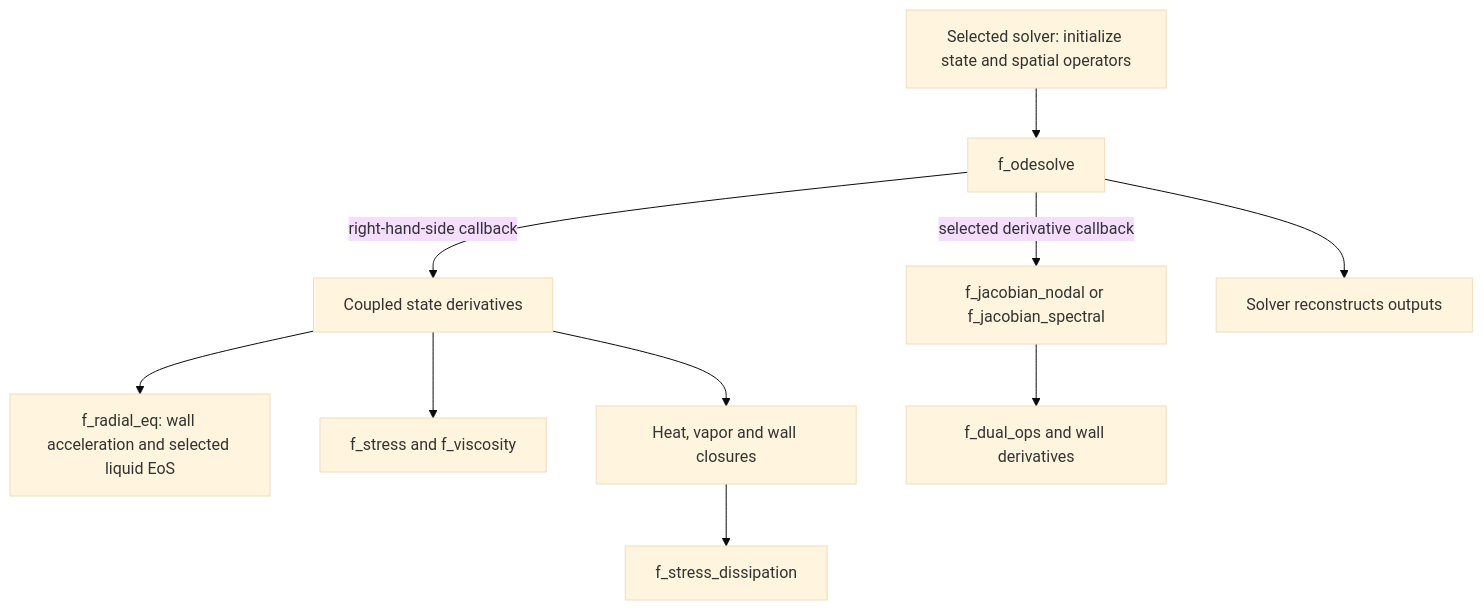
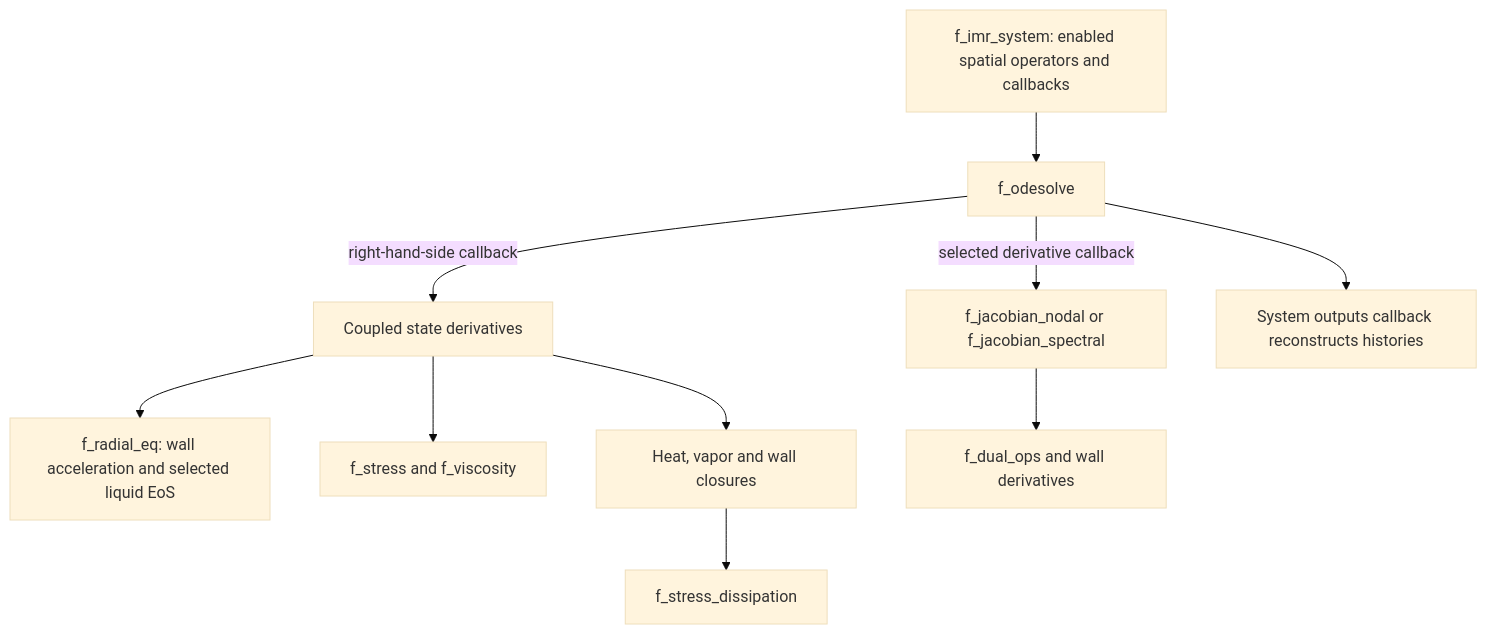
Before and after one commit to ComputationalFlowGroup/IMRv2: the third of 3 diagrams in docs/reference/code-map.md, drawn with Mermaid (base theme). The commit also changed other lines of this file and 34 other files, not shown here.

````diff
--- a/docs/reference/code-map.md
+++ b/docs/reference/code-map.md
@@ -52,12 +48,12 @@
 ```mermaid
 flowchart TD
-  Solver[Selected solver: initialize state and spatial operators] --> ODE[f_odesolve]
+  Solver[f_imr_system: enabled spatial operators and callbacks] --> ODE[f_odesolve]
   ODE -->|right-hand-side callback| RHS[Coupled state derivatives]
   RHS --> Radial[f_radial_eq: wall acceleration and selected liquid EoS]
   RHS --> Stress[f_stress and f_viscosity]
   RHS --> Thermal[Heat, vapor and wall closures]
   Thermal --> Heating[f_stress_dissipation]
   ODE -->|selected derivative callback| Jacobian[f_jacobian_nodal or f_jacobian_spectral]
   Jacobian --> Dual[f_dual_ops and wall derivatives]
-  ODE --> Output[Solver reconstructs outputs]
+  ODE --> Output[System outputs callback reconstructs histories]
 ```
````
